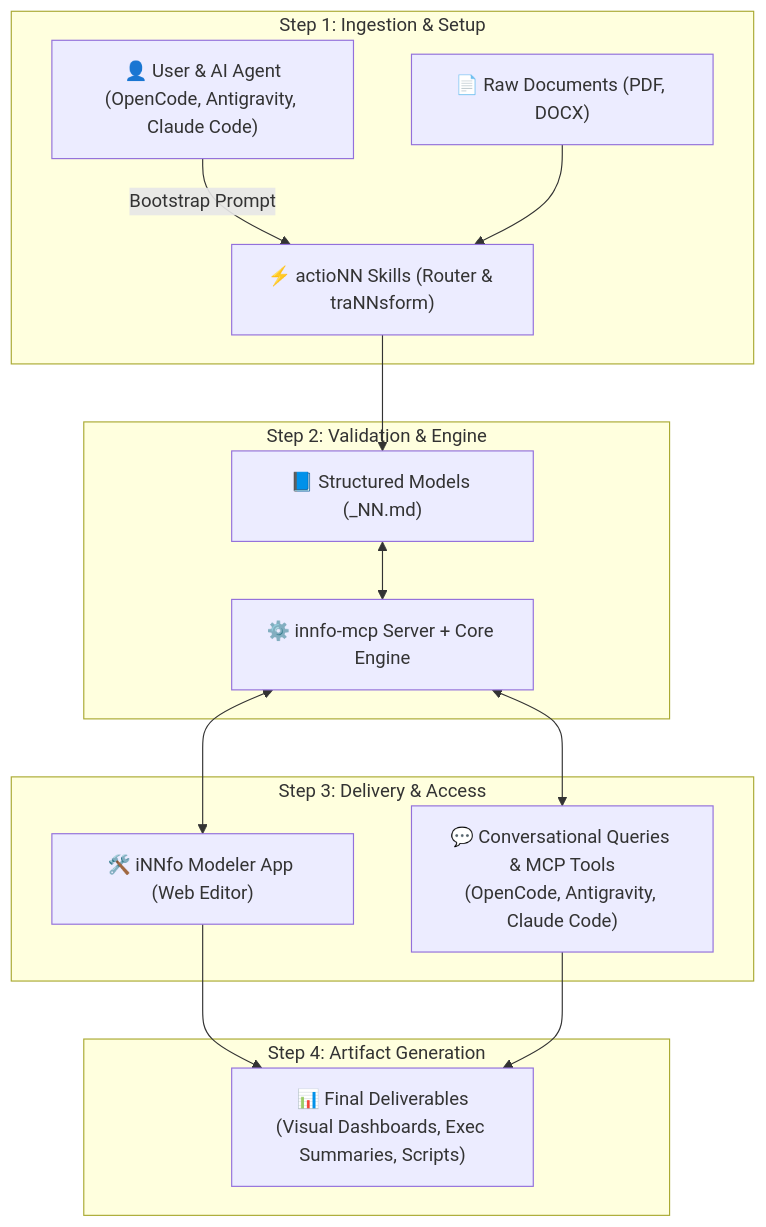
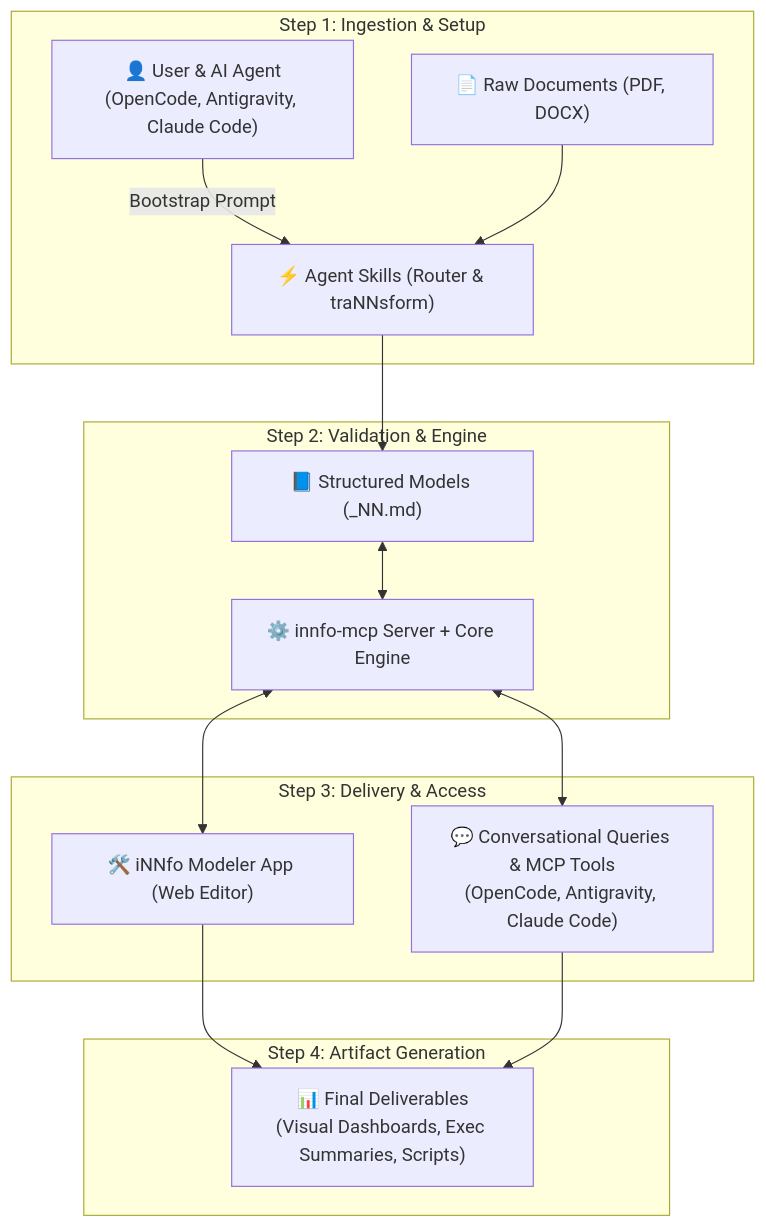
Before and after one commit to cogNNitive/cogNNitive: the diagram in docs/innfo/index.md, drawn with Mermaid. The commit also changed 125 other files, not shown here.

First line of the commit message:
refactor(docs): rename /actionn to /skills and purge legacy iNNfo/actioNN split

````diff
--- a/docs/innfo/index.md
+++ b/docs/innfo/index.md
@@ -25,21 +25,21 @@
 ```mermaid
 flowchart TD
     subgraph Step1["Step 1: Ingestion & Setup"]
-        U["👤 User & AI Agent\n(OpenCode, Antigravity, Claude Code)"] -->|Bootstrap Prompt| Router["⚡ actioNN Skills (Router & traNNsform)"]
+        U["👤 User & AI Agent\n(OpenCode, Antigravity, Claude Code)"] -->|Bootstrap Prompt| Router["⚡ Agent Skills (Router & traNNsform)"]
         RawDocs["📄 Raw Documents (PDF, DOCX)"] --> Router
     end
 
     subgraph Step2["Step 2: Validation & Engine"]
         Router --> Models["📘 Structured Models (_NN.md)"]
         Models <--> MCP["⚙️ innfo-mcp Server + Core Engine"]
     end
 
     subgraph Step3["Step 3: Delivery & Access"]
         MCP <--> Modeler["🛠️ iNNfo Modeler App (Web Editor)"]
         MCP <--> AgentChat["💬 Conversational Queries & MCP Tools\n(OpenCode, Antigravity, Claude Code)"]
     end
 
     subgraph Step4["Step 4: Artifact Generation"]
         Modeler & AgentChat --> Artifacts["📊 Final Deliverables\n(Visual Dashboards, Exec Summaries, Scripts)"]
     end
 ```
````
